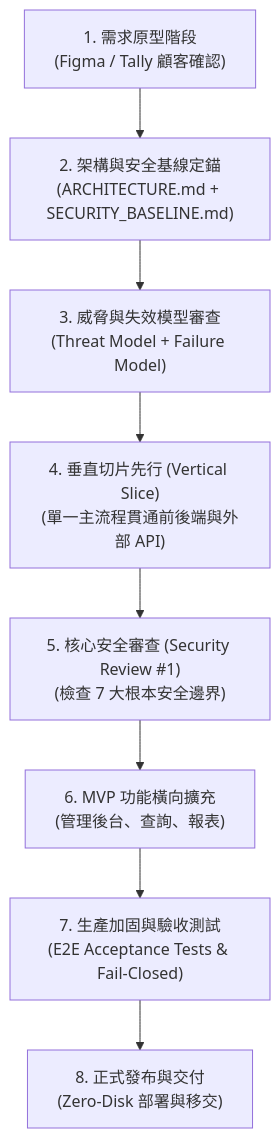
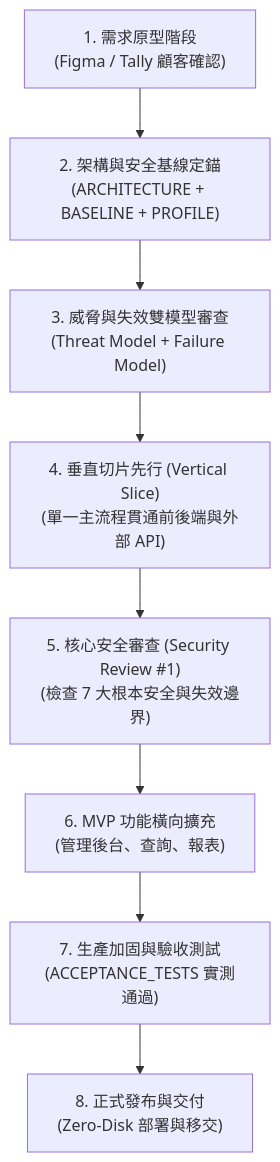
Before and after one commit to chingfonlee/open-booking-line: the diagram in DEVELOPMENT_SOP.md, drawn with Mermaid. The commit also changed other lines of this file and 6 other files, not shown here.

````diff
--- a/DEVELOPMENT_SOP.md
+++ b/DEVELOPMENT_SOP.md
@@ -21,13 +25,13 @@
 ```mermaid
 flowchart TD
     S1["1. 需求原型階段<br/>(Figma / Tally 顧客確認)"]
-    S2["2. 架構與安全基線定錨<br/>(ARCHITECTURE.md + SECURITY_BASELINE.md)"]
-    S3["3. 威脅與失效模型審查<br/>(Threat Model + Failure Model)"]
+    S2["2. 架構與安全基線定錨<br/>(ARCHITECTURE + BASELINE + PROFILE)"]
+    S3["3. 威脅與失效雙模型審查<br/>(Threat Model + Failure Model)"]
     S4["4. 垂直切片先行 (Vertical Slice)<br/>(單一主流程貫通前後端與外部 API)"]
-    S5["5. 核心安全審查 (Security Review #1)<br/>(檢查 7 大根本安全邊界)"]
+    S5["5. 核心安全審查 (Security Review #1)<br/>(檢查 7 大根本安全與失效邊界)"]
     S6["6. MVP 功能橫向擴充<br/>(管理後台、查詢、報表)"]
-    S7["7. 生產加固與驗收測試<br/>(E2E Acceptance Tests & Fail-Closed)"]
+    S7["7. 生產加固與驗收測試<br/>(ACCEPTANCE_TESTS 實測通過)"]
     S8["8. 正式發布與交付<br/>(Zero-Disk 部署與移交)"]
 
     S1 --> S2 --> S3 --> S4 --> S5 --> S6 --> S7 --> S8
 ```
````
